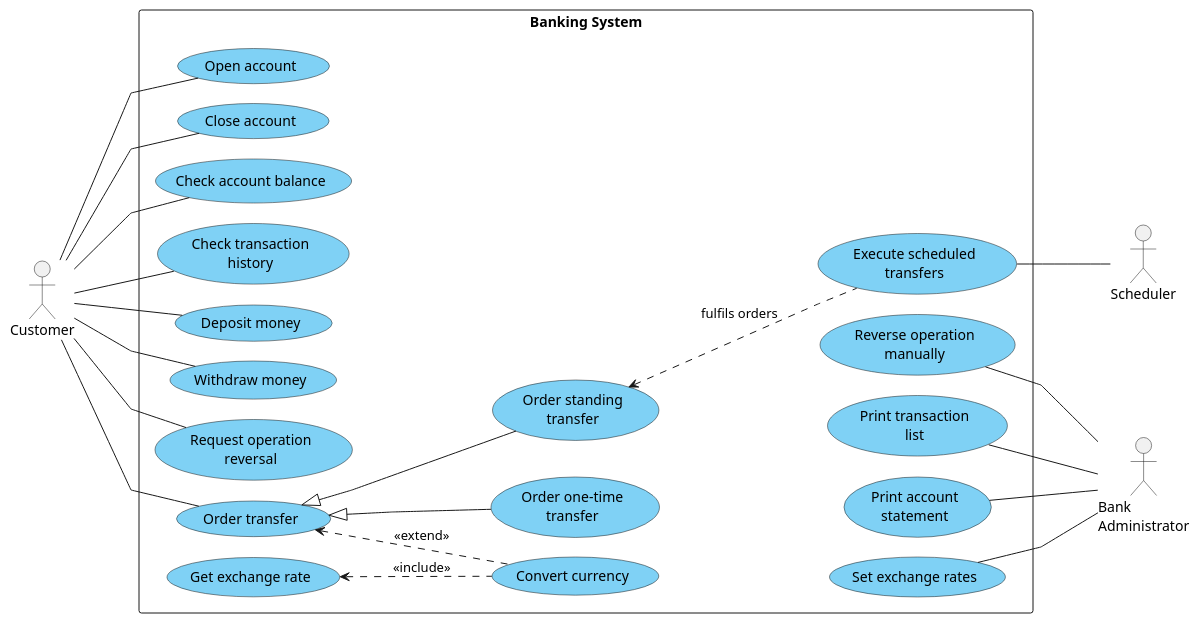
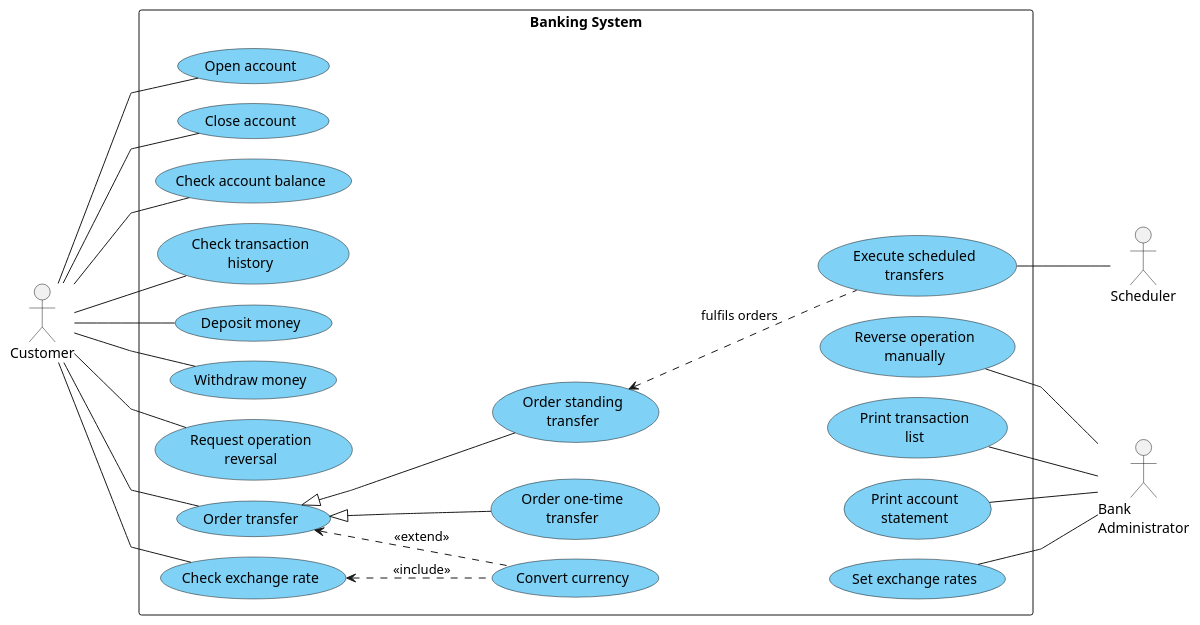
One commit to K0D1Z/software-engineering-project changed the diagram in docs/uml/use_case.puml. Above: the diagram before and after it, drawn with PlantUML. The commit also changed 1 other file, not shown here.

Commit message:
Connect customer with checking exchange rate

```diff
--- a/docs/uml/use_case.puml
+++ b/docs/uml/use_case.puml
@@ -1,64 +1,65 @@
 @startuml
 left to right direction
 skinparam linetype polyline
 skinparam nodesep 20
 skinparam ranksep 80
 skinparam usecase {
   BackgroundColor #7FD1F5
 }
 
 actor Customer
 actor "Bank\nAdministrator" as Admin
 actor Scheduler
 
 rectangle "Banking System" {
   usecase "Open account" as UC_OpenAccount
   usecase "Close account" as UC_CloseAccount
   usecase "Check account balance" as UC_AccountBalance
   usecase "Check transaction\nhistory" as UC_History
   usecase "Deposit money" as UC_Deposit
   usecase "Withdraw money" as UC_Withdraw
   usecase "Request operation\nreversal" as UC_RequestReversal
 
   usecase "Order transfer" as UC_Transfer
   usecase "Order one-time\ntransfer" as UC_OneTimeTransfer
   usecase "Order standing\ntransfer" as UC_StandingTransfer
   usecase "Convert currency" as UC_ConversionTransfer
   usecase "Execute scheduled\ntransfers" as UC_ScheduledTransfers
-  usecase "Get exchange rate" as UC_GetExchangeRate
+  usecase "Check exchange rate" as UC_GetExchangeRate
 
   usecase "Reverse operation\nmanually" as UC_ReverseOperation
   usecase "Print transaction\nlist" as UC_PrintHistory
   usecase "Print account\nstatement" as UC_PrintStatement
   usecase "Set exchange rates" as UC_SetRates
 }
 
 Customer -- UC_OpenAccount
 Customer -- UC_CloseAccount
 Customer -- UC_AccountBalance
 Customer -- UC_History
 Customer -- UC_Deposit
 Customer -- UC_Withdraw
 Customer -- UC_RequestReversal
 Customer -- UC_Transfer
+Customer -- UC_GetExchangeRate
 
 UC_Transfer <|-- UC_OneTimeTransfer
 UC_Transfer <|-- UC_StandingTransfer
 UC_Transfer <.. UC_ConversionTransfer : <<extend>>
 
 UC_StandingTransfer <.. UC_ScheduledTransfers : fulfils orders
 UC_GetExchangeRate <.. UC_ConversionTransfer : <<include>>
 
 UC_ScheduledTransfers -- Scheduler
 
 UC_ReverseOperation -- Admin
 UC_PrintHistory -- Admin
 UC_PrintStatement -- Admin
 UC_SetRates -- Admin
 
 UC_OneTimeTransfer -[hidden]- UC_ReverseOperation
 UC_OneTimeTransfer -[hidden]- UC_PrintHistory
 UC_OneTimeTransfer -[hidden]- UC_PrintStatement
 UC_OneTimeTransfer -[hidden]- UC_SetRates
 
 @enduml
```
